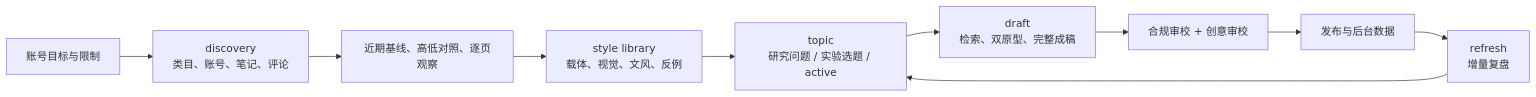
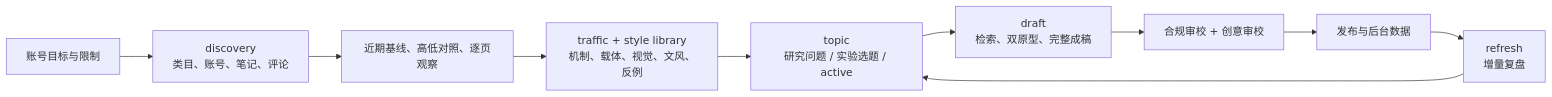
One commit to Sciiaok/redbook-writing-skill changed the first of 2 diagrams in README.md. Above: the diagram before and after it, drawn with Mermaid. The commit also changed other lines of this file and 2 other files, not shown here.

Commit message:
docs: center cross-category traffic mechanisms

````diff
--- a/README.md
+++ b/README.md
@@ -30,12 +30,12 @@
 ```mermaid
 flowchart LR
     A["账号目标与限制"] --> B["discovery<br/>类目、账号、笔记、评论"]
     B --> C["近期基线、高低对照、逐页观察"]
-    C --> S["style library<br/>载体、视觉、文风、反例"]
+    C --> S["traffic + style library<br/>机制、载体、视觉、文风、反例"]
     S --> D["topic<br/>研究问题 / 实验选题 / active"]
     D --> E["draft<br/>检索、双原型、完整成稿"]
     E --> F["合规审校 + 创意审校"]
     F --> G["发布与后台数据"]
     G --> H["refresh<br/>增量复盘"]
     H --> D
 ```
````
